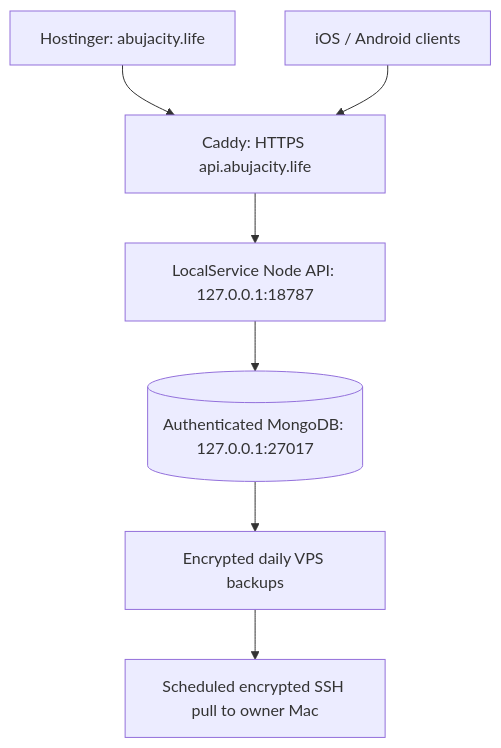
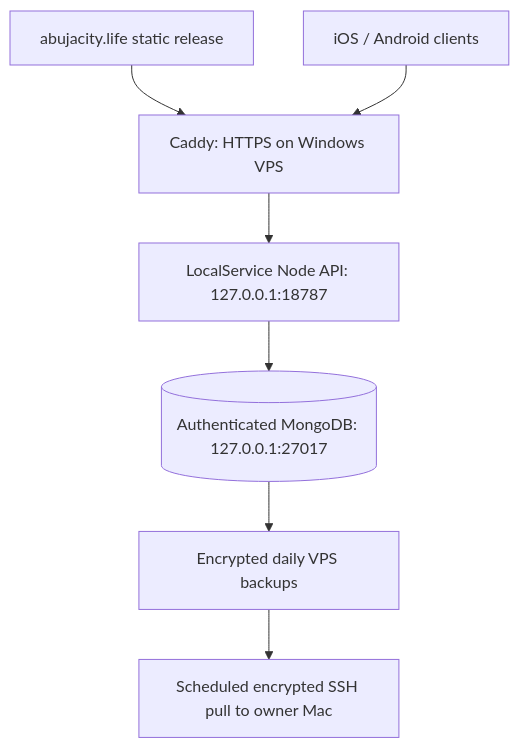
One commit to Lamarrsdrip/AbujaLife- changed the diagram in docs/PRODUCTION_DEPLOYMENT.md. Above: the diagram before and after it, drawn with Mermaid. The commit also changed other lines of this file and 10 other files, not shown here.

Commit message:
Move static frontend releases onto the Windows VPS

````diff
--- a/docs/PRODUCTION_DEPLOYMENT.md
+++ b/docs/PRODUCTION_DEPLOYMENT.md
@@ -5,9 +5,9 @@
 ```mermaid
 flowchart TD
-  Web[Hostinger: abujacity.life] --> Proxy[Caddy: HTTPS api.abujacity.life]
+  Web[abujacity.life static release] --> Proxy[Caddy: HTTPS on Windows VPS]
   Mobile[iOS / Android clients] --> Proxy
   Proxy --> API[LocalService Node API: 127.0.0.1:18787]
   API --> Mongo[(Authenticated MongoDB: 127.0.0.1:27017)]
   Mongo --> Backups[Encrypted daily VPS backups]
   Backups --> Mac[Scheduled encrypted SSH pull to owner Mac]
 ```
````
